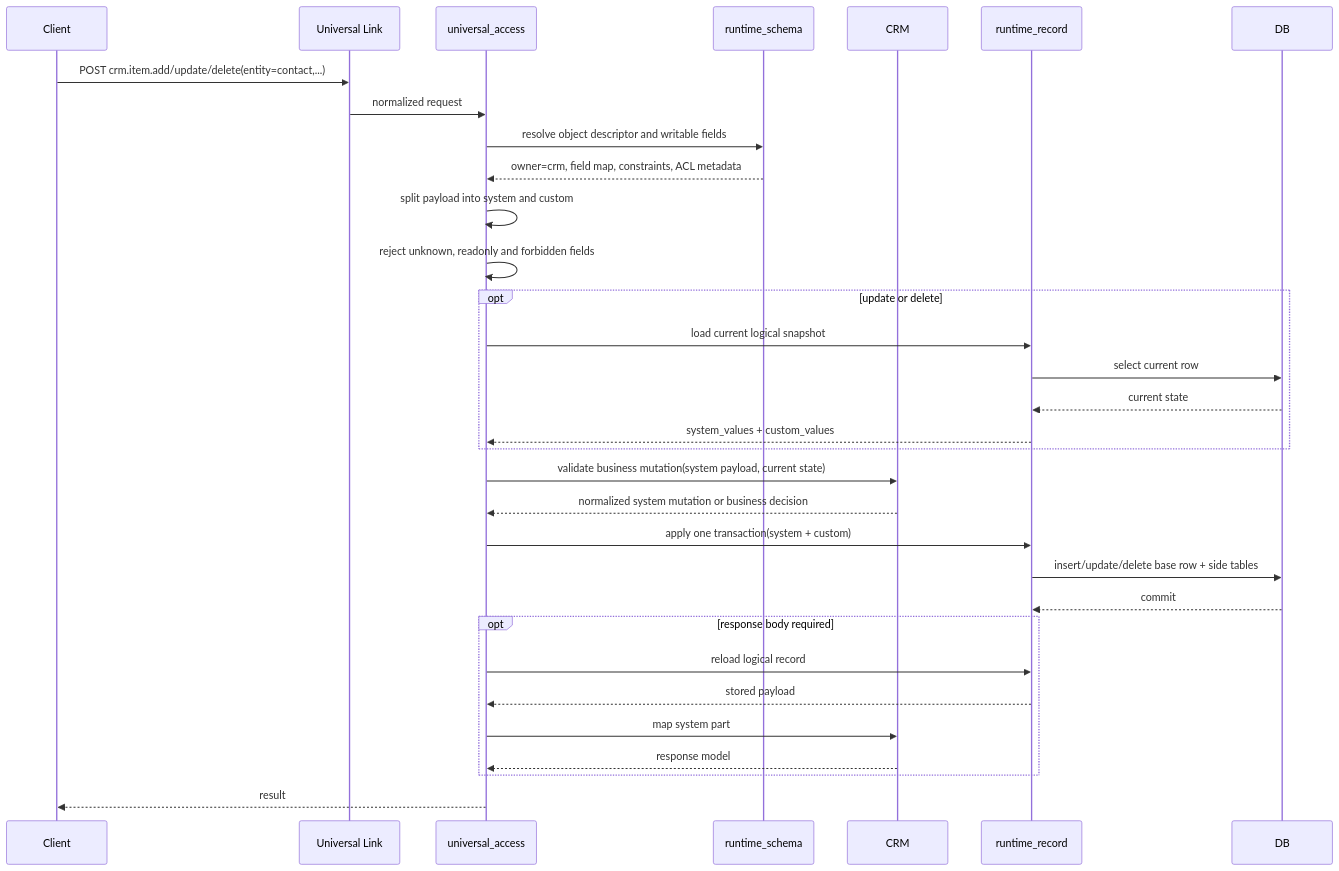
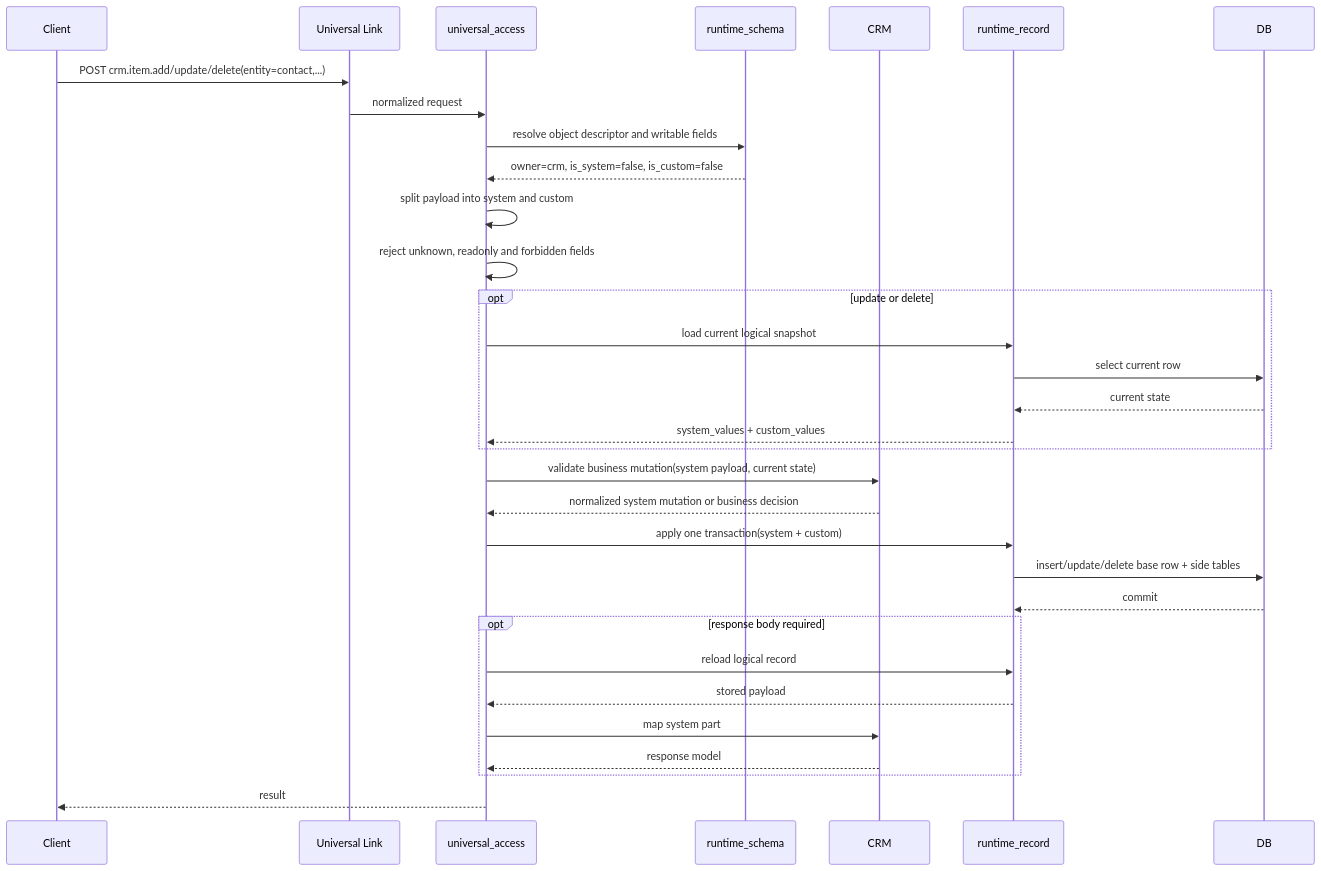
The fifth of 8 diagrams in docs/design/universal_access_crm_custom_object_flows.md (dinikon/dnk-runtime-core), drawn with Mermaid before and after one commit. The commit also changed other lines of this file and 8 other files, not shown here.

````diff
--- a/docs/design/universal_access_crm_custom_object_flows.md
+++ b/docs/design/universal_access_crm_custom_object_flows.md
@@ -257,35 +497,35 @@
 ```mermaid
 sequenceDiagram
     participant C as Client
     participant UL as Universal Link
     participant UA as universal_access
     participant RS as runtime_schema
     participant CRM as CRM
     participant RR as runtime_record
     participant DB as DB
 
     C->>UL: POST crm.item.add/update/delete(entity=contact,...)
     UL->>UA: normalized request
     UA->>RS: resolve object descriptor and writable fields
-    RS-->>UA: owner=crm, field map, constraints, ACL metadata
+    RS-->>UA: owner=crm, is_system=false, is_custom=false
     UA->>UA: split payload into system and custom
     UA->>UA: reject unknown, readonly and forbidden fields
     opt update or delete
         UA->>RR: load current logical snapshot
         RR->>DB: select current row
         DB-->>RR: current state
         RR-->>UA: system_values + custom_values
     end
     UA->>CRM: validate business mutation(system payload, current state)
     CRM-->>UA: normalized system mutation or business decision
     UA->>RR: apply one transaction(system + custom)
     RR->>DB: insert/update/delete base row + side tables
     DB-->>RR: commit
     opt response body required
         UA->>RR: reload logical record
         RR-->>UA: stored payload
         UA->>CRM: map system part
         CRM-->>UA: response model
     end
     UA-->>C: result
 ```
````
